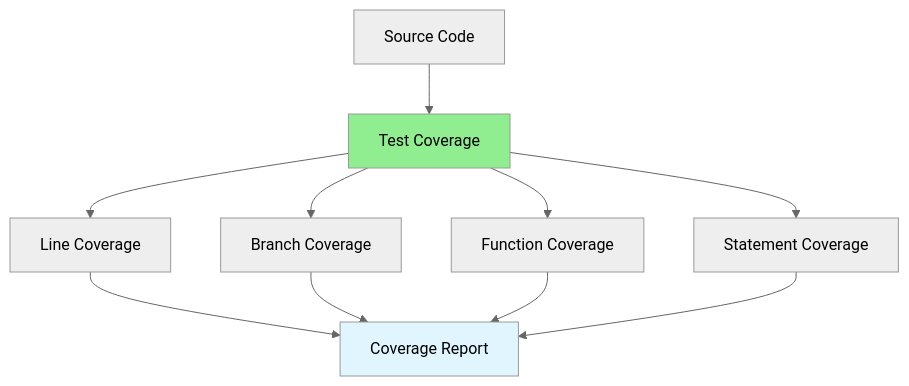
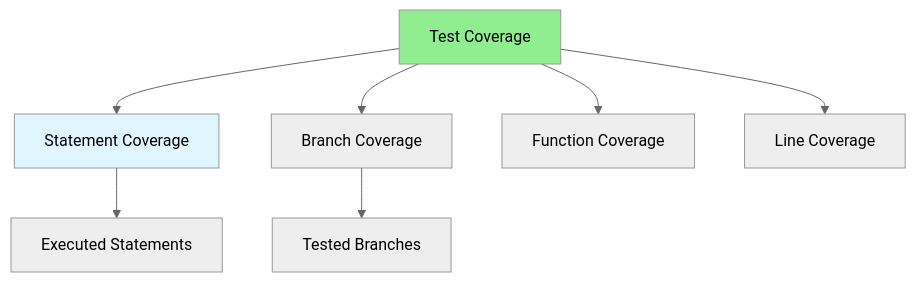
The diagram in Full-Stack-Guides/Group-07-Unit-Test-Debug/07.04_Test_Coverage.md (iouthnamain/tech-note), drawn with Mermaid (neutral theme) before and after one commit. The commit also changed other lines of this file and 480 other files, not shown here.

````diff
--- a/Full-Stack-Guides/Group-07-Unit-Test-Debug/07.04_Test_Coverage.md
+++ b/Full-Stack-Guides/Group-07-Unit-Test-Debug/07.04_Test_Coverage.md
@@ -22,16 +22,13 @@
 ```mermaid
 graph TD
-    Code[Source Code] --> Coverage[Test Coverage]
-    Coverage --> Line[Line Coverage]
+    Coverage[Test Coverage] --> Statement[Statement Coverage]
     Coverage --> Branch[Branch Coverage]
     Coverage --> Function[Function Coverage]
-    Coverage --> Statement[Statement Coverage]
+    Coverage --> Line[Line Coverage]
     
-    Line --> Report[Coverage Report]
-    Branch --> Report
-    Function --> Report
-    Statement --> Report
+    Statement --> Executed[Executed Statements]
+    Branch --> Tested[Tested Branches]
     
     style Coverage fill:#90EE90
-    style Report fill:#e1f5ff
+    style Statement fill:#e1f5ff
 ```
````
